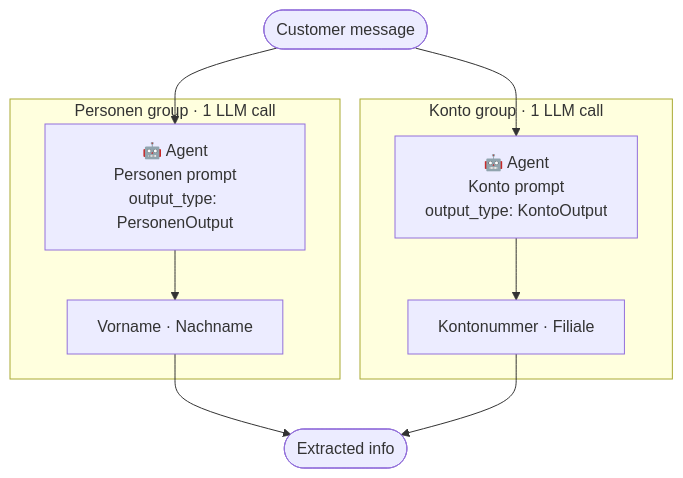
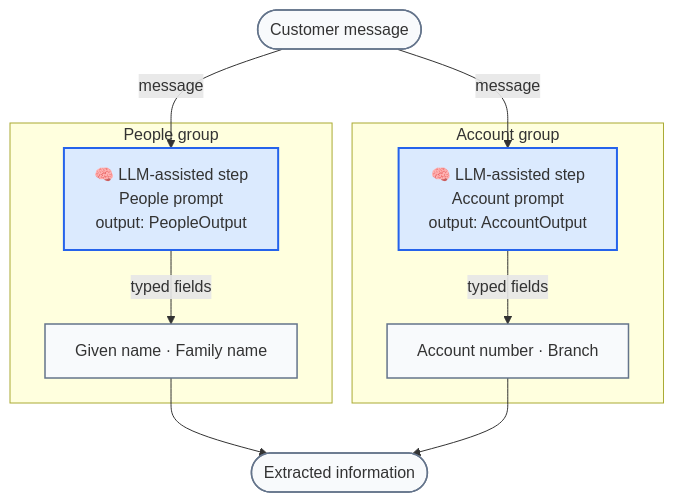
One commit to FridljDa/FridljDa.github.io changed the third of 5 diagrams in src/content/blog/first-level-support-automation.mdx. Above: the diagram before and after it, drawn with Mermaid. The commit also changed other lines of this file and 4 other files, not shown here.

````diff
--- a/src/content/blog/first-level-support-automation.mdx
+++ b/src/content/blog/first-level-support-automation.mdx
@@ -93,20 +117,26 @@
 ```mermaid
 flowchart TD
-    MSG([Customer message])
+    MSG(["Customer message"])
 
-    MSG --> P_AGENT
-    MSG --> K_AGENT
-
-    subgraph personen["Personen group · 1 LLM call"]
-        P_AGENT["🤖 Agent<br/>Personen prompt<br/>output_type: PersonenOutput"]
-        P_AGENT --> P_FIELDS["Vorname · Nachname"]
+    subgraph people["People group"]
+        P_STEP["🧠 LLM-assisted step<br/>People prompt<br/>output: PeopleOutput"]
+        P_FIELDS["Given name · Family name"]
+        P_STEP -->|"typed fields"| P_FIELDS
     end
 
-    subgraph konto["Konto group · 1 LLM call"]
-        K_AGENT["🤖 Agent<br/>Konto prompt<br/>output_type: KontoOutput"]
-        K_AGENT --> K_FIELDS["Kontonummer · Filiale"]
+    subgraph account["Account group"]
+        A_STEP["🧠 LLM-assisted step<br/>Account prompt<br/>output: AccountOutput"]
+        A_FIELDS["Account number · Branch"]
+        A_STEP -->|"typed fields"| A_FIELDS
     end
 
-    P_FIELDS --> OUT([Extracted info])
-    K_FIELDS --> OUT
+    MSG -->|"message"| P_STEP
+    MSG -->|"message"| A_STEP
+    P_FIELDS --> OUT(["Extracted information"])
+    A_FIELDS --> OUT
+
+    classDef llm fill:#dbeafe,stroke:#2563eb,stroke-width:2px
+    classDef data fill:#f8fafc,stroke:#64748b,stroke-width:1.5px
+    class P_STEP,A_STEP llm
+    class MSG,P_FIELDS,A_FIELDS,OUT data
 ```
````
